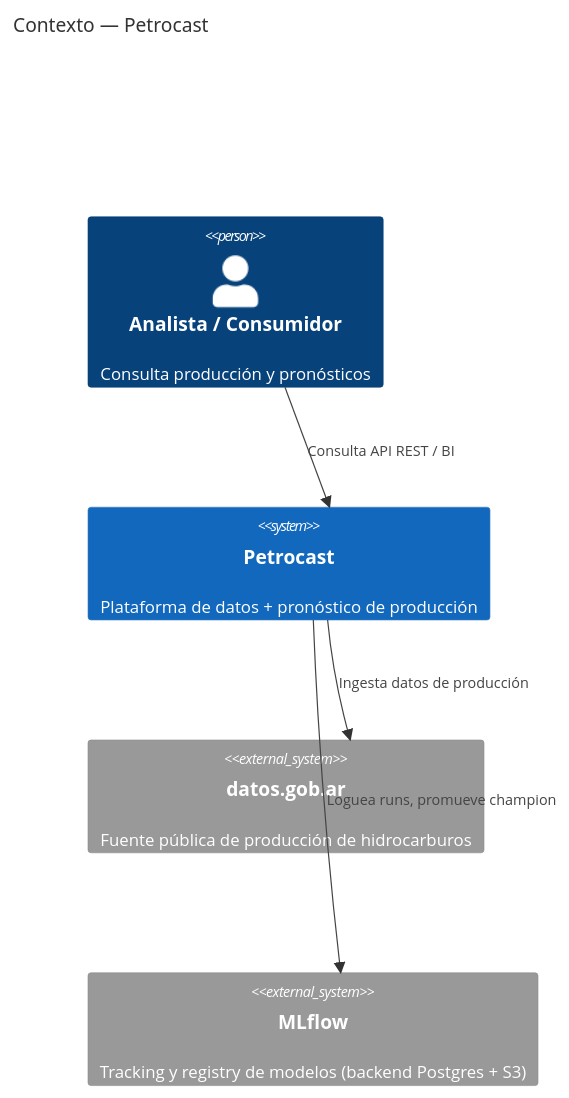
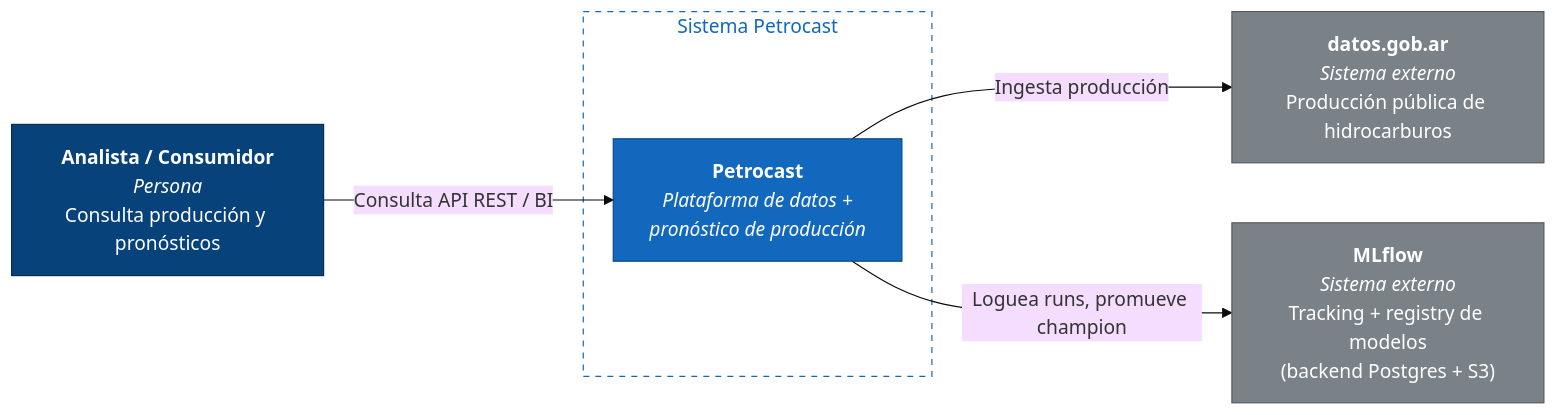
One commit to joaquinleondev/petrocast changed the diagram in docs/architecture/c4-context.md. Above: the diagram before and after it, drawn with Mermaid (base theme). The commit also changed 4 other files, not shown here.

First line of the commit message:
docs(arquitectura): diagramas C4 y de flujo más limpios (#157)

````diff
--- a/docs/architecture/c4-context.md
+++ b/docs/architecture/c4-context.md
@@ -6,11 +6,23 @@
 ```mermaid
-C4Context
-  title Contexto — Petrocast
-  Person(analyst, "Analista / Consumidor", "Consulta producción y pronósticos")
-  System(petrocast, "Petrocast", "Plataforma de datos + pronóstico de producción")
-  System_Ext(datagov, "datos.gob.ar", "Fuente pública de producción de hidrocarburos")
-  System_Ext(mlflow, "MLflow", "Tracking y registry de modelos (backend Postgres + S3)")
-  Rel(analyst, petrocast, "Consulta API REST / BI")
-  Rel(petrocast, datagov, "Ingesta datos de producción")
-  Rel(petrocast, mlflow, "Loguea runs, promueve champion")
+flowchart LR
+  analyst["<b>Analista / Consumidor</b><br/><i>Persona</i><br/>Consulta producción y pronósticos"]
+
+  subgraph boundary["Sistema Petrocast"]
+    petrocast["<b>Petrocast</b><br/><i>Plataforma de datos +<br/>pronóstico de producción</i>"]
+  end
+
+  datagov["<b>datos.gob.ar</b><br/><i>Sistema externo</i><br/>Producción pública de hidrocarburos"]
+  mlflow["<b>MLflow</b><br/><i>Sistema externo</i><br/>Tracking + registry de modelos<br/>(backend Postgres + S3)"]
+
+  analyst -->|"Consulta API REST / BI"| petrocast
+  petrocast -->|"Ingesta producción"| datagov
+  petrocast -->|"Loguea runs, promueve champion"| mlflow
+
+  classDef person fill:#08427b,stroke:#052e56,color:#ffffff;
+  classDef system fill:#1168bd,stroke:#0b4884,color:#ffffff;
+  classDef ext fill:#7a8288,stroke:#565c61,color:#ffffff;
+  class analyst person;
+  class petrocast system;
+  class datagov,mlflow ext;
+  style boundary fill:none,stroke:#1168bd,stroke-dasharray:5 5,color:#1168bd;
 ```
````
